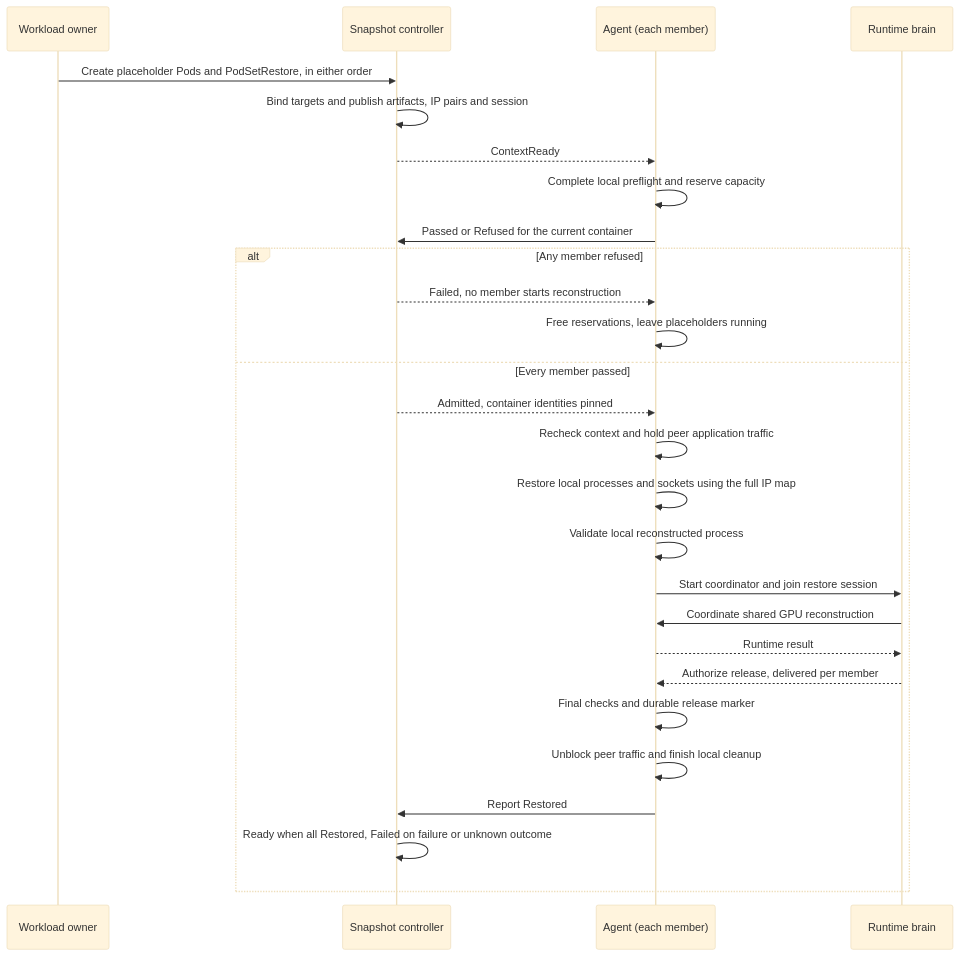
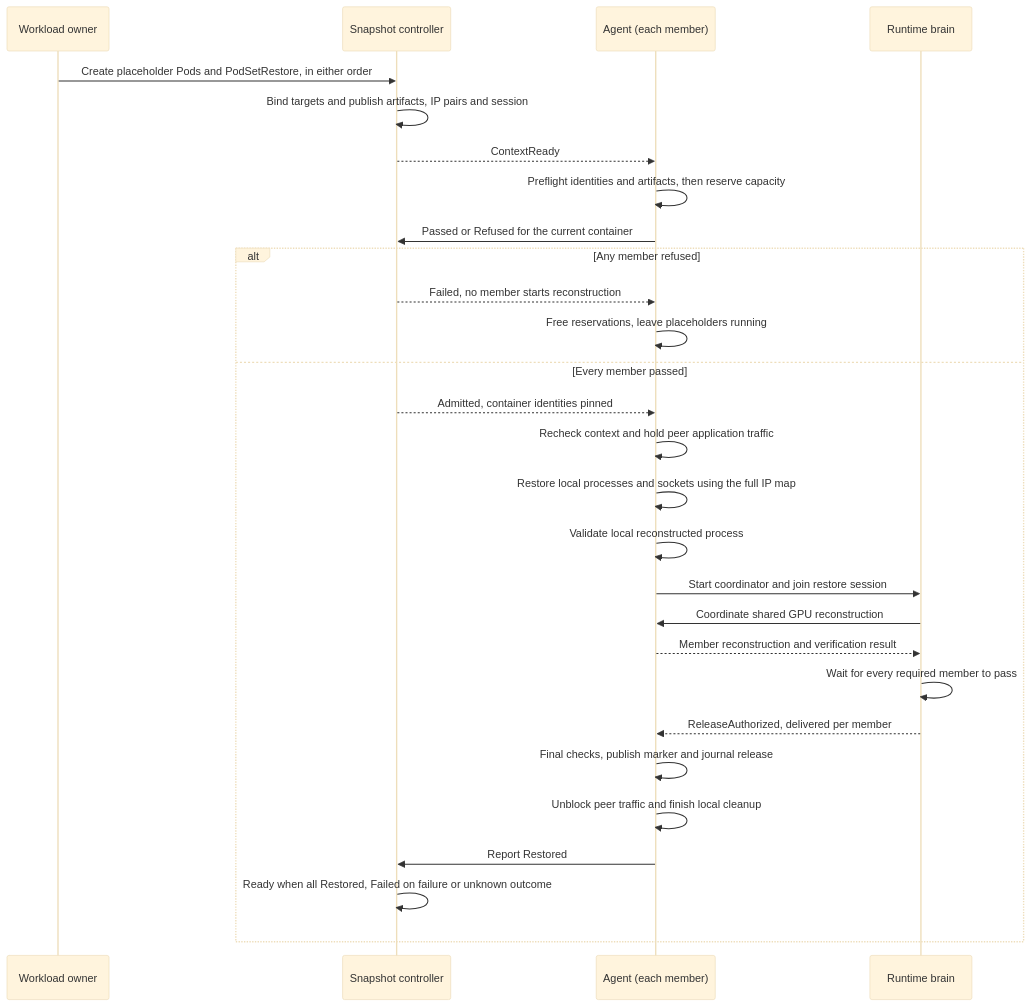
Before and after one commit to ai-dynamo/snapshot: the fifth of 5 diagrams in docs/proposals/324-multi-pod-snapshot-restore/README.md, drawn with Mermaid (base theme). The commit also changed other lines of this file, not shown here.

Commit message:
docs: refine multi-pod runtime contract

````diff
--- a/docs/proposals/324-multi-pod-snapshot-restore/README.md
+++ b/docs/proposals/324-multi-pod-snapshot-restore/README.md
@@ -1049,29 +1103,30 @@
 ```mermaid
 sequenceDiagram
     participant O as Workload owner
     participant C as Snapshot controller
     participant A as Agent (each member)
     participant B as Runtime brain
     O->>C: Create placeholder Pods and PodSetRestore, in either order
     C->>C: Bind targets and publish artifacts, IP pairs and session
     C-->>A: ContextReady
-    A->>A: Complete local preflight and reserve capacity
+    A->>A: Preflight identities and artifacts, then reserve capacity
     A->>C: Passed or Refused for the current container
     alt Any member refused
         C-->>A: Failed, no member starts reconstruction
         A->>A: Free reservations, leave placeholders running
     else Every member passed
         C-->>A: Admitted, container identities pinned
         A->>A: Recheck context and hold peer application traffic
         A->>A: Restore local processes and sockets using the full IP map
         A->>A: Validate local reconstructed process
         A->>B: Start coordinator and join restore session
         B->>A: Coordinate shared GPU reconstruction
-        A-->>B: Runtime result
-        B-->>A: Authorize release, delivered per member
-        A->>A: Final checks and durable release marker
+        A-->>B: Member reconstruction and verification result
+        B->>B: Wait for every required member to pass
+        B-->>A: ReleaseAuthorized, delivered per member
+        A->>A: Final checks, publish marker and journal release
         A->>A: Unblock peer traffic and finish local cleanup
         A->>C: Report Restored
         C->>C: Ready when all Restored, Failed on failure or unknown outcome
     end
 ```
````
